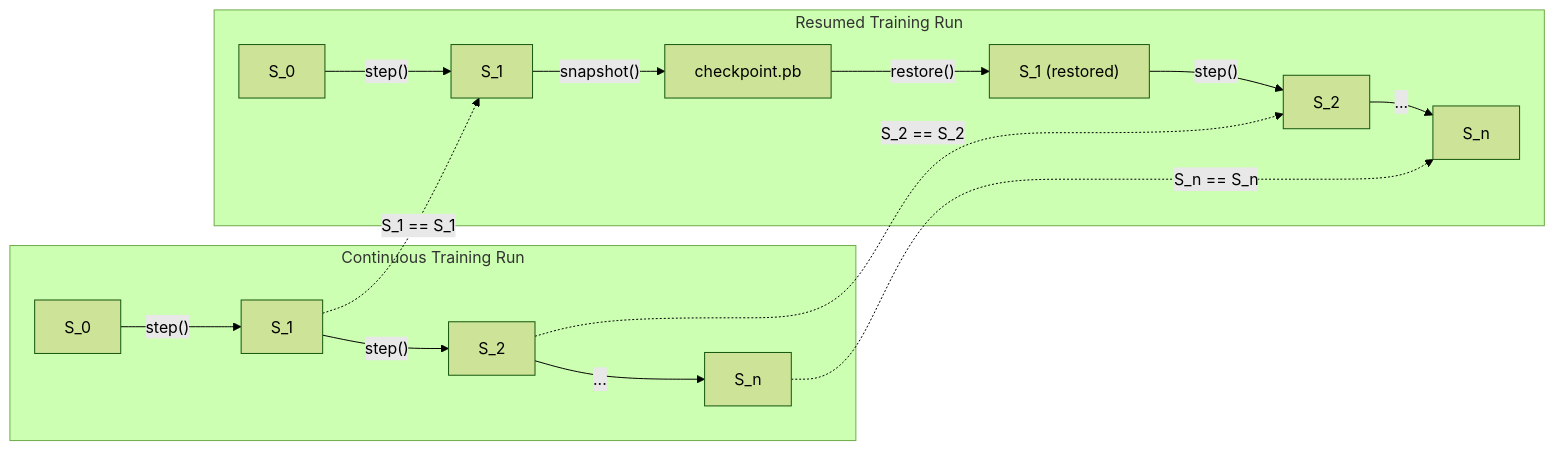
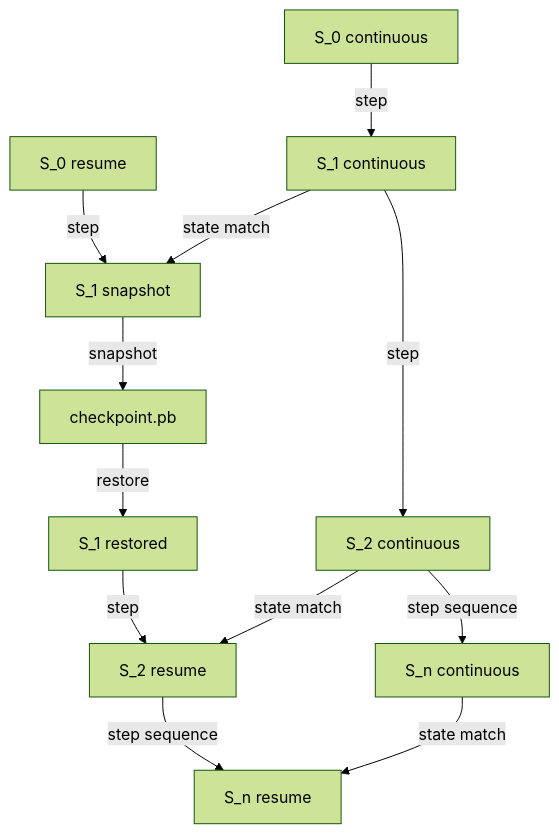
Before and after one commit to Tuee22/SpectralMC: the third of 5 diagrams in documents/engineering/reproducibility_proofs.md, drawn with Mermaid (forest theme). The commit also changed other lines of this file and 28 other files, not shown here.

````diff
--- a/documents/engineering/reproducibility_proofs.md
+++ b/documents/engineering/reproducibility_proofs.md
@@ -228,32 +232,28 @@
 ```mermaid
-flowchart LR
-    subgraph Continuous["Continuous Training Run"]
-        S0_C["S_0"]
-        S1_C["S_1"]
-        S2_C["S_2"]
-        Sn_C["S_n"]
+flowchart TB
+    S0_C["S_0 continuous"]
+    S1_C["S_1 continuous"]
+    S2_C["S_2 continuous"]
+    Sn_C["S_n continuous"]
 
-        S0_C -->|"step()"| S1_C
-        S1_C -->|"step()"| S2_C
-        S2_C -->|"..."| Sn_C
-    end
+    S0_R["S_0 resume"]
+    S1_R["S_1 snapshot"]
+    CP["checkpoint.pb"]
+    S1_Restore["S_1 restored"]
+    S2_R["S_2 resume"]
+    Sn_R["S_n resume"]
 
-    subgraph Resumed["Resumed Training Run"]
-        S0_R["S_0"]
-        S1_R["S_1"]
-        CP["checkpoint.pb"]
-        S1_Restore["S_1 (restored)"]
-        S2_R["S_2"]
-        Sn_R["S_n"]
+    S0_C -->|step| S1_C
+    S1_C -->|step| S2_C
+    S2_C -->|step sequence| Sn_C
 
-        S0_R -->|"step()"| S1_R
-        S1_R -->|"snapshot()"| CP
-        CP -->|"restore()"| S1_Restore
-        S1_Restore -->|"step()"| S2_R
-        S2_R -->|"..."| Sn_R
-    end
+    S0_R -->|step| S1_R
+    S1_R -->|snapshot| CP
+    CP -->|restore| S1_Restore
+    S1_Restore -->|step| S2_R
+    S2_R -->|step sequence| Sn_R
 
-    S1_C -.->|"S_1 == S_1"| S1_R
-    S2_C -.->|"S_2 == S_2"| S2_R
-    Sn_C -.->|"S_n == S_n"| Sn_R
+    S1_C -->|state match| S1_R
+    S2_C -->|state match| S2_R
+    Sn_C -->|state match| Sn_R
 ```
````
